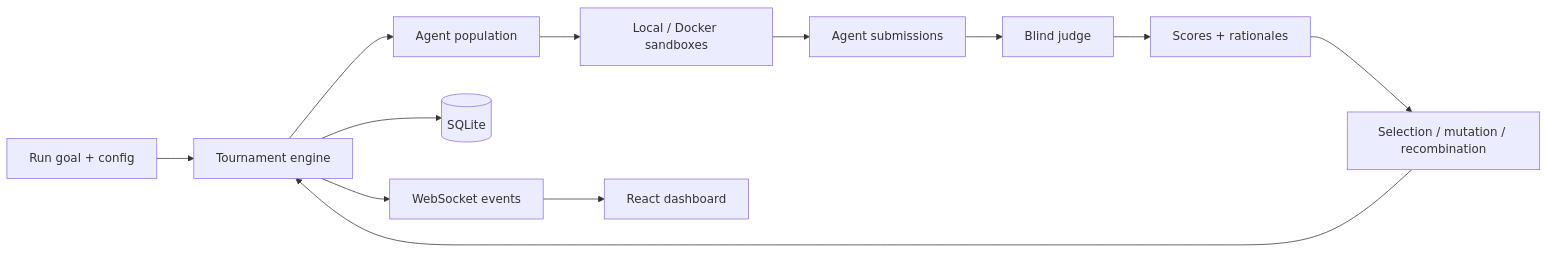
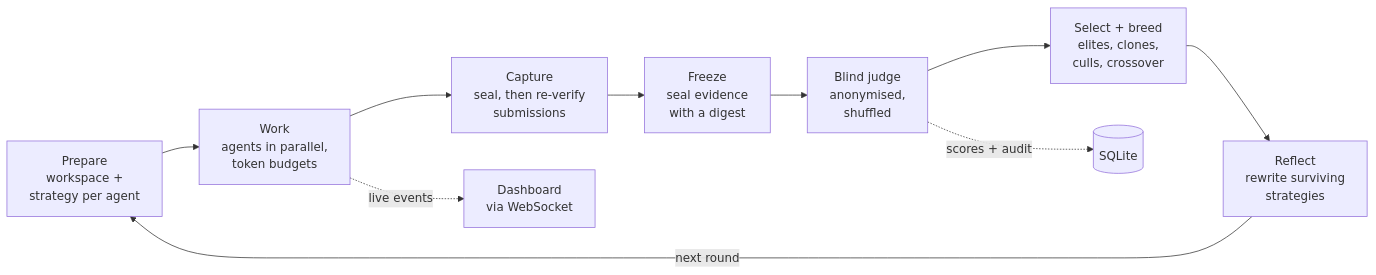
One commit to BestMiraPro/Agent-tournament changed the diagram in README.md. Above: the diagram before and after it, drawn with Mermaid. The commit also changed other lines of this file and 1 other file, not shown here.

First line of the commit message:
docs: rewrite the README for first-time readers

````diff
--- a/README.md
+++ b/README.md
@@ -32,15 +22,12 @@
 ```mermaid
 flowchart LR
-    U[Run goal + config] --> E[Tournament engine]
-    E --> A[Agent population]
-    A --> S[Local / Docker sandboxes]
-    S --> O[Agent submissions]
-    O --> J[Blind judge]
-    J --> R[Scores + rationales]
-    R --> X[Selection / mutation / recombination]
-    X --> E
-
-    E --> DB[(SQLite)]
-    E --> WS[WebSocket events]
-    WS --> UI[React dashboard]
+    P[Prepare<br/>workspace +<br/>strategy per agent] --> W[Work<br/>agents in parallel,<br/>token budgets]
+    W --> C[Capture<br/>seal, then re-verify<br/>submissions]
+    C --> F[Freeze<br/>seal evidence<br/>with a digest]
+    F --> J[Blind judge<br/>anonymised,<br/>shuffled]
+    J --> S[Select + breed<br/>elites, clones,<br/>culls, crossover]
+    S --> R[Reflect<br/>rewrite surviving<br/>strategies]
+    R -- next round --> P
+    W -. live events .-> UI[Dashboard<br/>via WebSocket]
+    J -. scores + audit .-> DB[(SQLite)]
 ```
````
